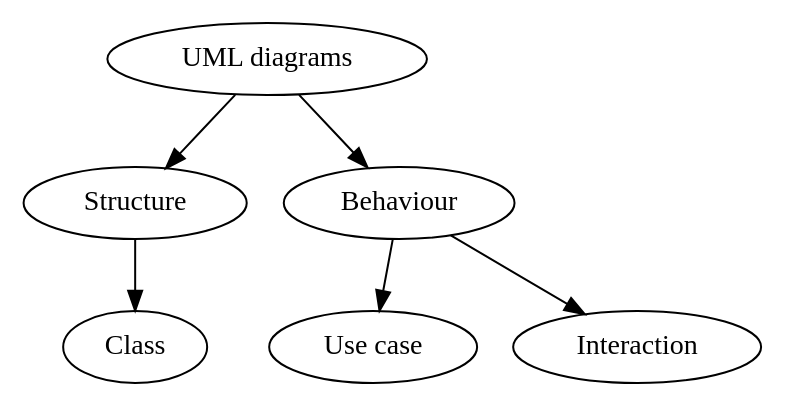
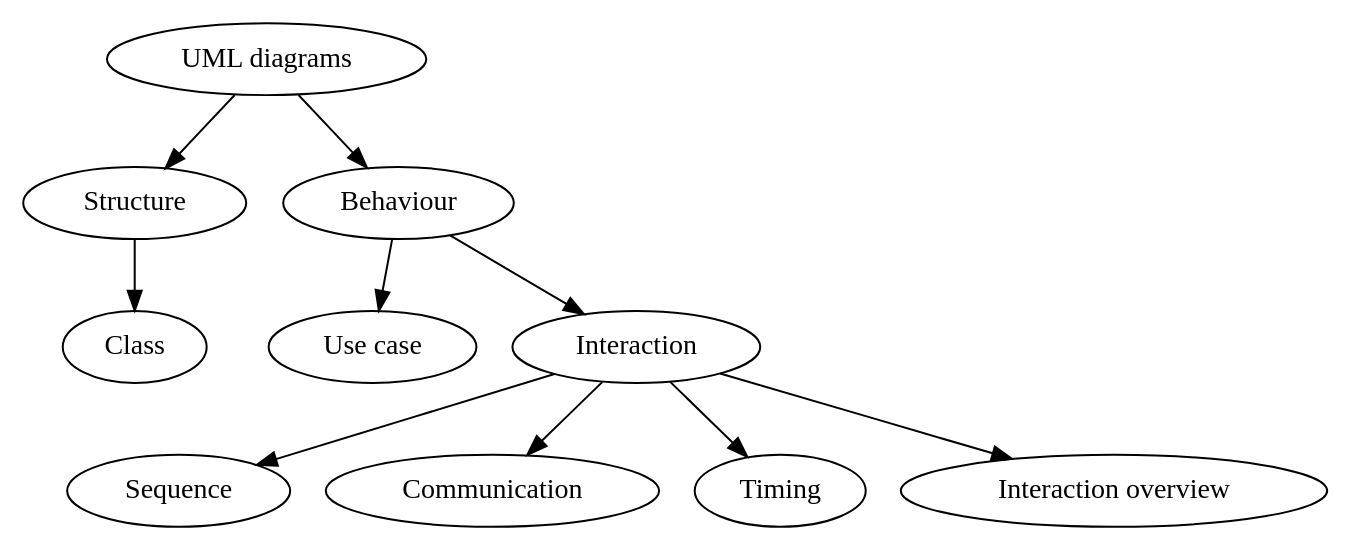
Before and after one commit to UPPMAX/programming_formalisms_intro: the first of 8 diagrams in doc/flowcharts.md, drawn with Graphviz.

````diff
--- a/doc/flowcharts.md
+++ b/doc/flowcharts.md
@@ -57,10 +57,11 @@
 ```{graphviz}
 digraph{
 "UML diagrams"
 Structure, Behaviour
 "UML diagrams" -> Structure
 "UML diagrams" -> Behaviour
 Structure -> Class
 Behaviour -> "Use case", Interaction
+Interaction -> Sequence, Communication, Timing, "Interaction overview"
 }
 ```
````
